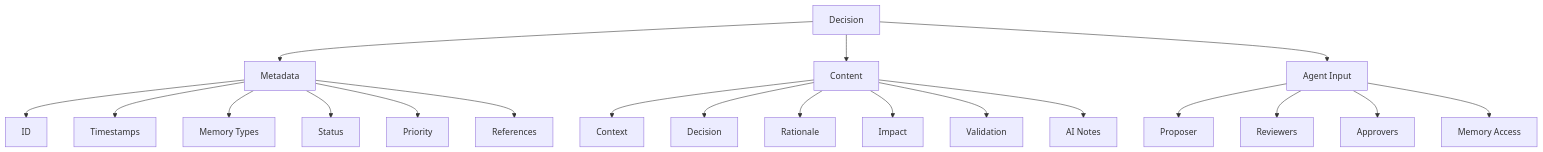
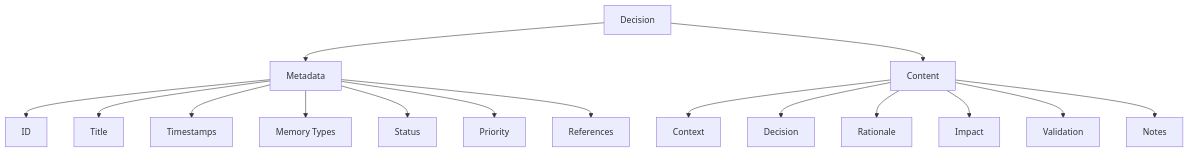
One commit to FixingPixels/Aegis changed the diagram in docs/decisions.md. Above: the diagram before and after it, drawn with Mermaid. The commit also changed other lines of this file and 19 other files, not shown here.

````diff
--- a/docs/decisions.md
+++ b/docs/decisions.md
@@ -7,25 +7,20 @@
 ```mermaid
 graph TD
     A[Decision] --> B[Metadata]
     A --> C[Content]
-    A --> D[Agent Input]
     
     B --> B1[ID]
-    B --> B2[Timestamps]
-    B --> B3[Memory Types]
-    B --> B4[Status]
-    B --> B5[Priority]
-    B --> B6[References]
+    B --> B2[Title]
+    B --> B3[Timestamps]
+    B --> B4[Memory Types]
+    B --> B5[Status]
+    B --> B6[Priority]
+    B --> B7[References]
     
     C --> C1[Context]
     C --> C2[Decision]
     C --> C3[Rationale]
     C --> C4[Impact]
     C --> C5[Validation]
-    C --> C6[AI Notes]
-    
-    D --> D1[Proposer]
-    D --> D2[Reviewers]
-    D --> D3[Approvers]
-    D --> D4[Memory Access]
+    C --> C6[Notes]
 ```
````
